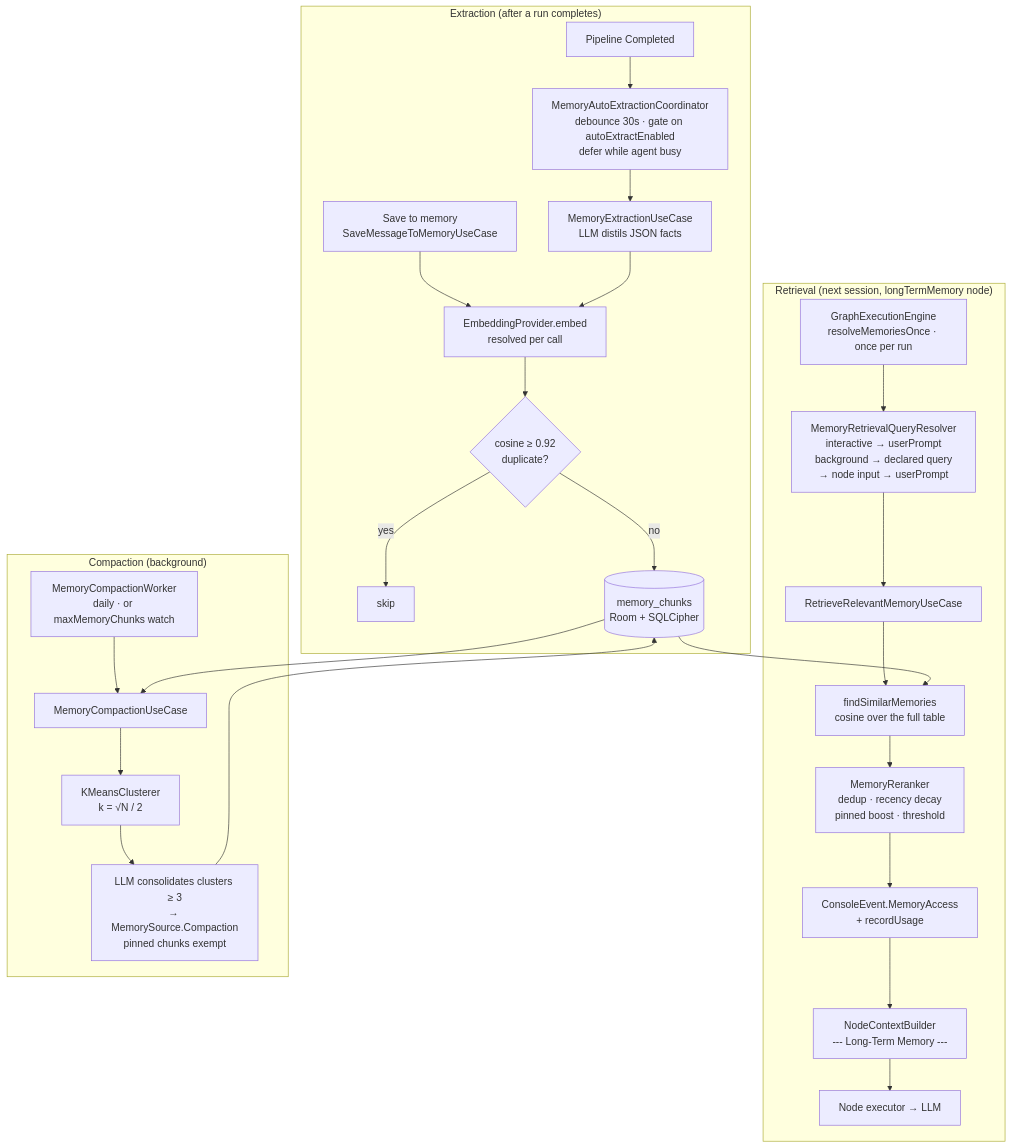
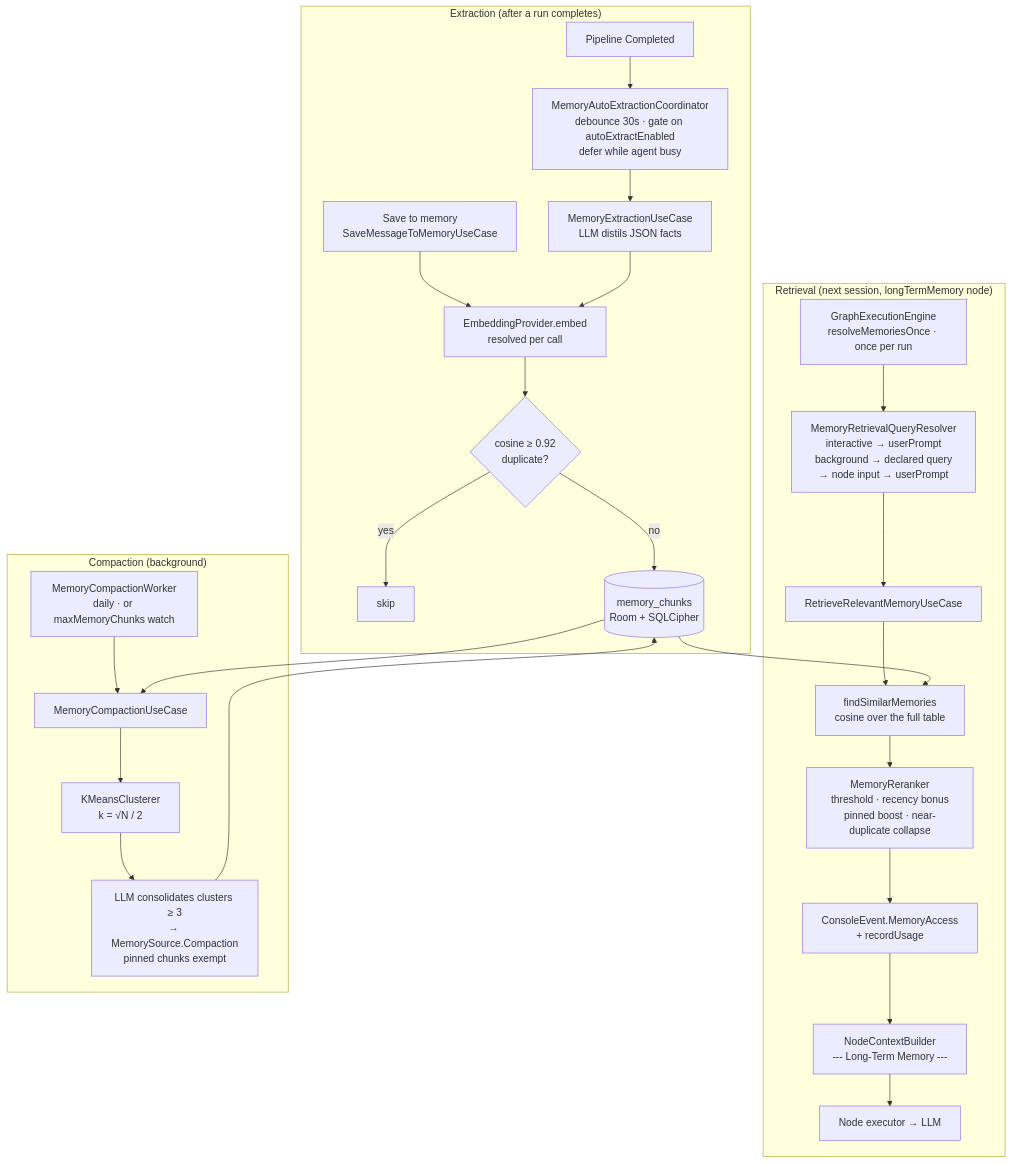
The third of 8 diagrams in docs/architecture.md (alexeyw/PersonalAndroidAIAgent), drawn with Mermaid before and after one commit. The commit also changed other lines of this file and 13 other files, not shown here.

First line of the commit message:
feat(phase39-2): score memory age additively and dedup by meaning

````diff
--- a/docs/architecture.md
+++ b/docs/architecture.md
@@ -290,31 +290,31 @@
 ```mermaid
 flowchart TB
     subgraph Extraction["Extraction (after a run completes)"]
         Done[Pipeline Completed] --> Coord[MemoryAutoExtractionCoordinator<br/>debounce 30s · gate on autoExtractEnabled<br/>defer while agent busy]
         Coord --> Extract[MemoryExtractionUseCase<br/>LLM distils JSON facts]
         Manual[Save to memory<br/>SaveMessageToMemoryUseCase] --> Embed
         Extract --> Embed[EmbeddingProvider.embed<br/>resolved per call]
         Embed --> Dedup{cosine ≥ 0.92<br/>duplicate?}
         Dedup -- yes --> Drop[skip]
         Dedup -- no --> Store[(memory_chunks<br/>Room + SQLCipher)]
     end
 
     subgraph Retrieval["Retrieval (next session, longTermMemory node)"]
         Engine[GraphExecutionEngine<br/>resolveMemoriesOnce · once per run] --> Key[MemoryRetrievalQueryResolver<br/>interactive → userPrompt<br/>background → declared query<br/>→ node input → userPrompt]
         Key --> Retrieve[RetrieveRelevantMemoryUseCase]
         Retrieve --> Search[findSimilarMemories<br/>cosine over the full table]
         Store --> Search
-        Search --> Rerank[MemoryReranker<br/>dedup · recency decay<br/>pinned boost · threshold]
+        Search --> Rerank[MemoryReranker<br/>threshold · recency bonus<br/>pinned boost · near-duplicate collapse]
         Rerank --> Console[ConsoleEvent.MemoryAccess<br/>+ recordUsage]
         Console --> Block[NodeContextBuilder<br/>--- Long-Term Memory ---]
         Block --> LLM[Node executor → LLM]
     end
 
     subgraph Compaction["Compaction (background)"]
         Worker[MemoryCompactionWorker<br/>daily · or maxMemoryChunks watch] --> Compact[MemoryCompactionUseCase]
         Store --> Compact
         Compact --> Cluster[KMeansClusterer<br/>k = √N / 2]
         Cluster --> Consolidate[LLM consolidates clusters ≥ 3<br/>→ MemorySource.Compaction<br/>pinned chunks exempt]
         Consolidate --> Store
     end
 ```
````
